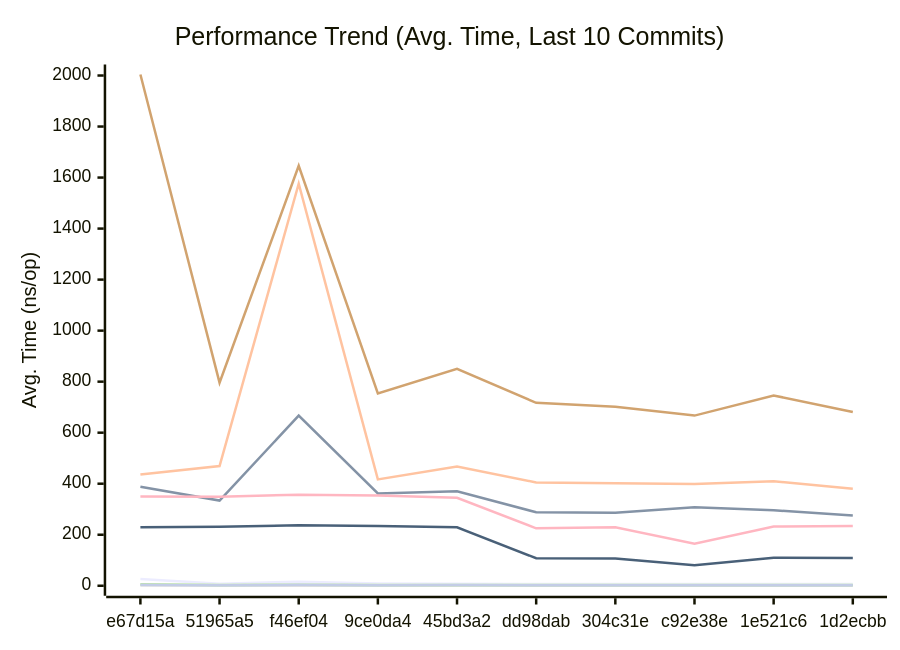
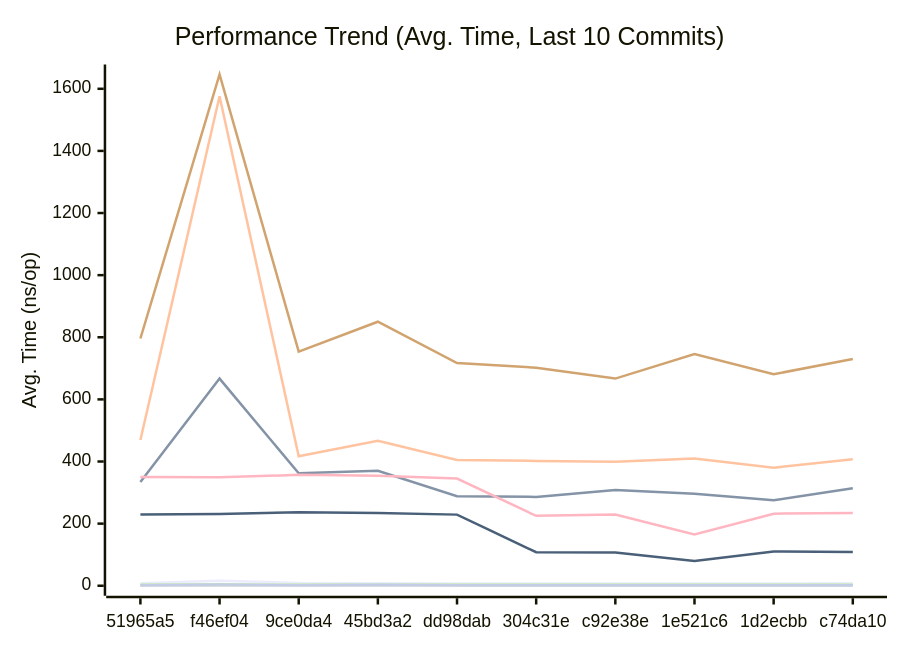
Before and after one commit to alsotoes/momo: the first of 3 diagrams in docs/PERFORMANCE.md, drawn with Mermaid. The commit also changed other lines of this file and 8 other files, not shown here.

First line of the commit message:
docs: pluggable storage spec + architecture/standards/README updates (#226)

````diff
--- a/docs/PERFORMANCE.md
+++ b/docs/PERFORMANCE.md
@@ -80,16 +80,16 @@
 ```mermaid
 xychart-beta
     title "Performance Trend (Avg. Time, Last 10 Commits)"
     x-axis "Commit"
     y-axis "Avg. Time (ns/op)"
-    x-axis [e67d15a,51965a5,f46ef04,9ce0da4,45bd3a2,dd98dab,304c31e,c92e38e,1e521c6,1d2ecbb]
-    line "CheckMetricsAndSwap" [26,8,16,9,8,7,7,7,7,7]
-    line "CrushOptimized" [388,334,667,362,370,288,286,308,296,275]
-    line "CrushOriginal" [436,469,1576,417,467,405,402,399,410,380]
-    line "IndexDirectTracking" [1,0,0,0,0,0,0,0,0,0]
-    line "IndexSearch" [6,3,4,3,3,3,3,3,3,3]
-    line "LoadGlobalConfig" [2004,796,1646,754,850,717,702,667,746,681]
-    line "PadString" [4,2,4,2,3,2,2,2,2,2]
+    x-axis [51965a5,f46ef04,9ce0da4,45bd3a2,dd98dab,304c31e,c92e38e,1e521c6,1d2ecbb,c74da10]
+    line "CheckMetricsAndSwap" [8,16,9,8,7,7,7,7,7,8]
+    line "CrushOptimized" [334,667,362,370,288,286,308,296,275,314]
+    line "CrushOriginal" [469,1576,417,467,405,402,399,410,380,407]
+    line "IndexDirectTracking" [0,0,0,0,0,0,0,0,0,0]
+    line "IndexSearch" [3,4,3,3,3,3,3,3,3,3]
+    line "LoadGlobalConfig" [796,1646,754,850,717,702,667,746,681,730]
+    line "PadString" [2,4,2,3,2,2,2,2,2,2]
     line "ParseReplicationOrder_NoPrealloc" [350,349,357,354,345,225,229,165,232,234]
     line "ParseReplicationOrder_Prealloc" [229,231,237,234,229,108,107,80,110,109]
 ```
````
